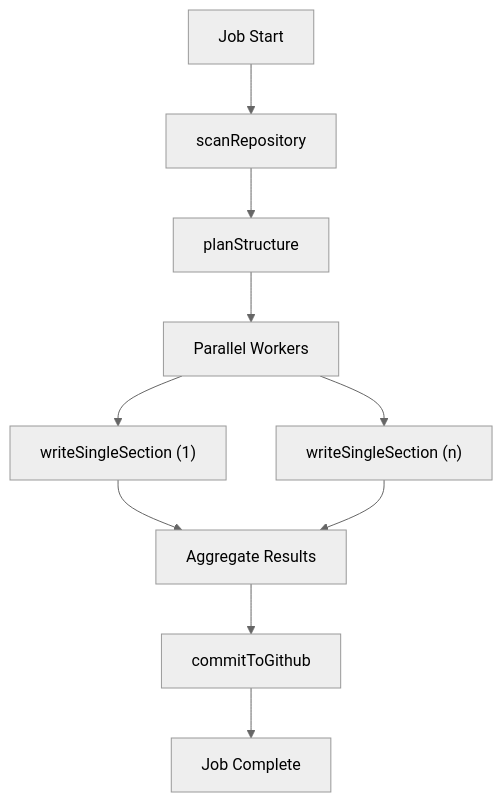
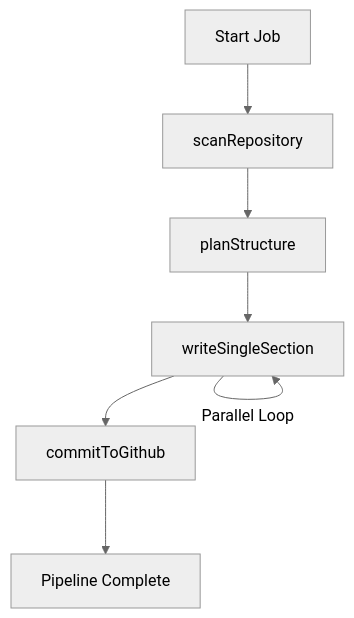
Before and after one commit to shinymacktest/gitdex-docs: the diagram in docs/shinymack/gitdex/2.1_ai-processing-pipeline.mdx, drawn with Mermaid (neutral theme). The commit also changed other lines of this file and 15 other files, not shown here.

````diff
--- a/docs/shinymack/gitdex/2.1_ai-processing-pipeline.mdx
+++ b/docs/shinymack/gitdex/2.1_ai-processing-pipeline.mdx
@@ -38,12 +29,9 @@
 ```mermaid
 graph TD
-    A["Job Start"] --> B["scanRepository"]
+    A["Start Job"] --> B["scanRepository"]
     B --> C["planStructure"]
-    C --> D["Parallel Workers"]
-    D --> E["writeSingleSection (1)"]
-    D --> F["writeSingleSection (n)"]
-    E --> G["Aggregate Results"]
-    F --> G["Aggregate Results"]
-    G --> H["commitToGithub"]
-    H --> I["Job Complete"]
+    C --> D["writeSingleSection"]
+    D --> E["commitToGithub"]
+    D -- "Parallel Loop" --> D
+    E --> F["Pipeline Complete"]
 ```
````
